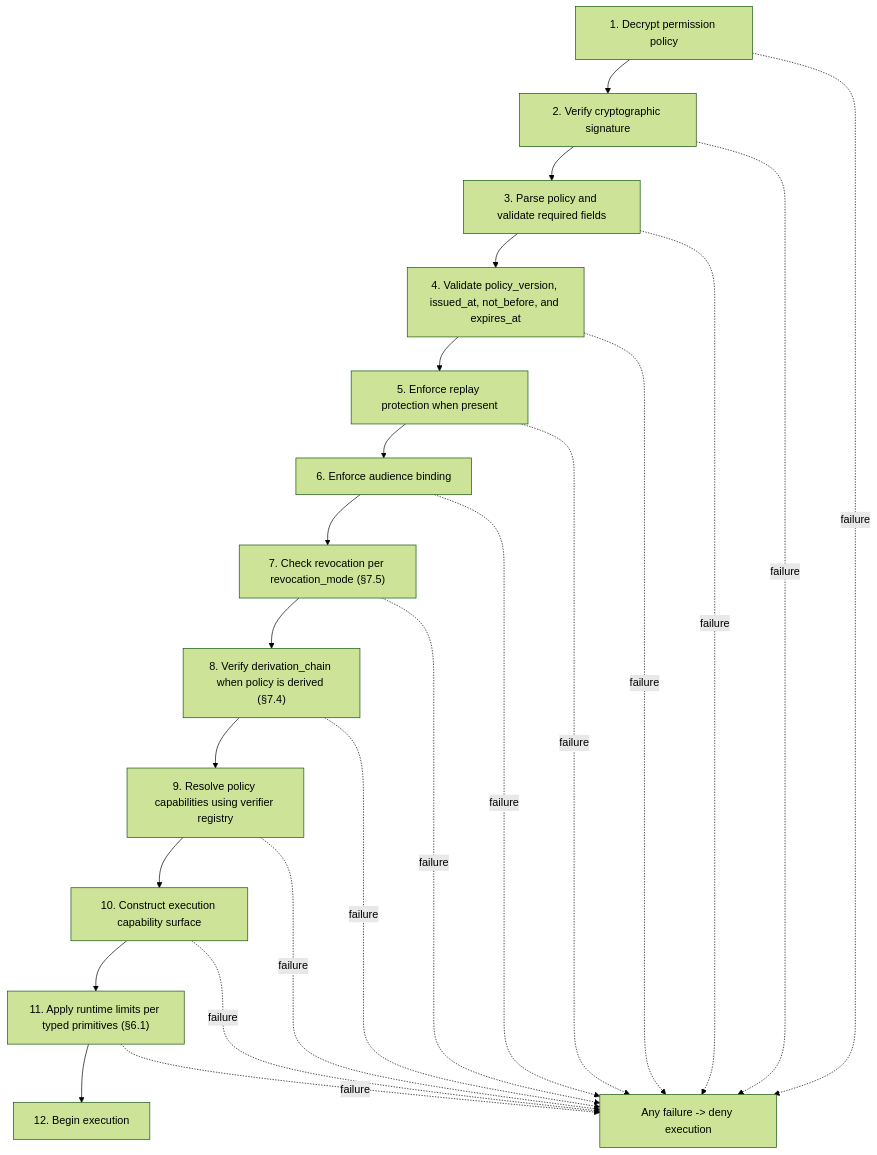
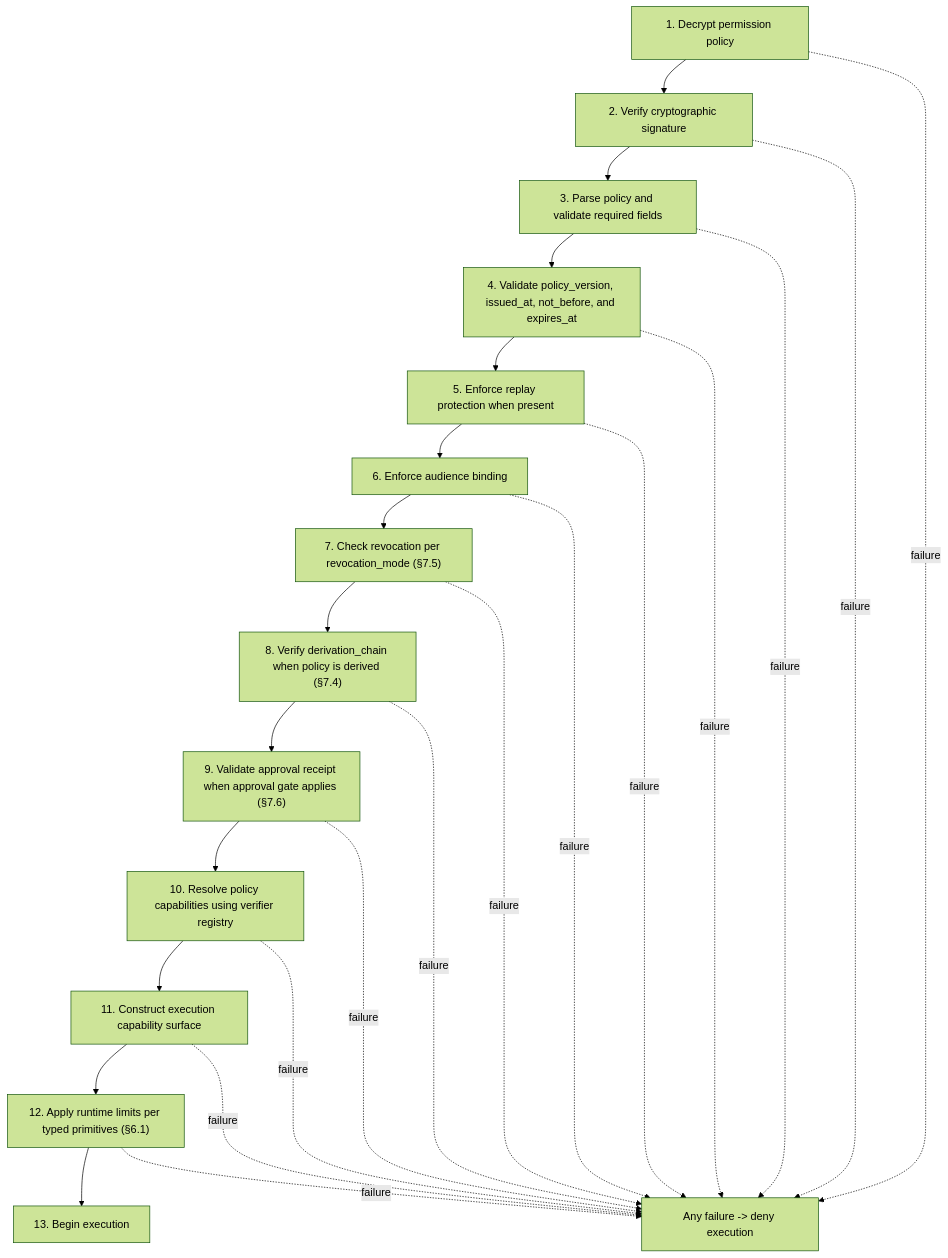
One commit to Crittora/agent-permission-protocol changed the third of 4 diagrams in docs/index.md. Above: the diagram before and after it, drawn with Mermaid (forest theme). The commit also changed other lines of this file and 9 other files, not shown here.

````diff
--- a/docs/index.md
+++ b/docs/index.md
@@ -175,29 +175,31 @@
 ```mermaid
 flowchart TD
   step1["1. Decrypt permission policy"]
   step2["2. Verify cryptographic signature"]
   step3["3. Parse policy and validate required fields"]
   step4["4. Validate policy_version, issued_at, not_before, and expires_at"]
   step5["5. Enforce replay protection when present"]
   step6["6. Enforce audience binding"]
   step7["7. Check revocation per revocation_mode (§7.5)"]
   step8["8. Verify derivation_chain when policy is derived (§7.4)"]
-  step9["9. Resolve policy capabilities using verifier registry"]
-  step10["10. Construct execution capability surface"]
-  step11["11. Apply runtime limits per typed primitives (§6.1)"]
-  step12["12. Begin execution"]
+  step9["9. Validate approval receipt when approval gate applies (§7.6)"]
+  step10["10. Resolve policy capabilities using verifier registry"]
+  step11["11. Construct execution capability surface"]
+  step12["12. Apply runtime limits per typed primitives (§6.1)"]
+  step13["13. Begin execution"]
   deny["Any failure -> deny execution"]
 
-  step1 --> step2 --> step3 --> step4 --> step5 --> step6 --> step7 --> step8 --> step9 --> step10 --> step11 --> step12
+  step1 --> step2 --> step3 --> step4 --> step5 --> step6 --> step7 --> step8 --> step9 --> step10 --> step11 --> step12 --> step13
   step1 -. failure .-> deny
   step2 -. failure .-> deny
   step3 -. failure .-> deny
   step4 -. failure .-> deny
   step5 -. failure .-> deny
   step6 -. failure .-> deny
   step7 -. failure .-> deny
   step8 -. failure .-> deny
   step9 -. failure .-> deny
   step10 -. failure .-> deny
   step11 -. failure .-> deny
+  step12 -. failure .-> deny
 ```
````
